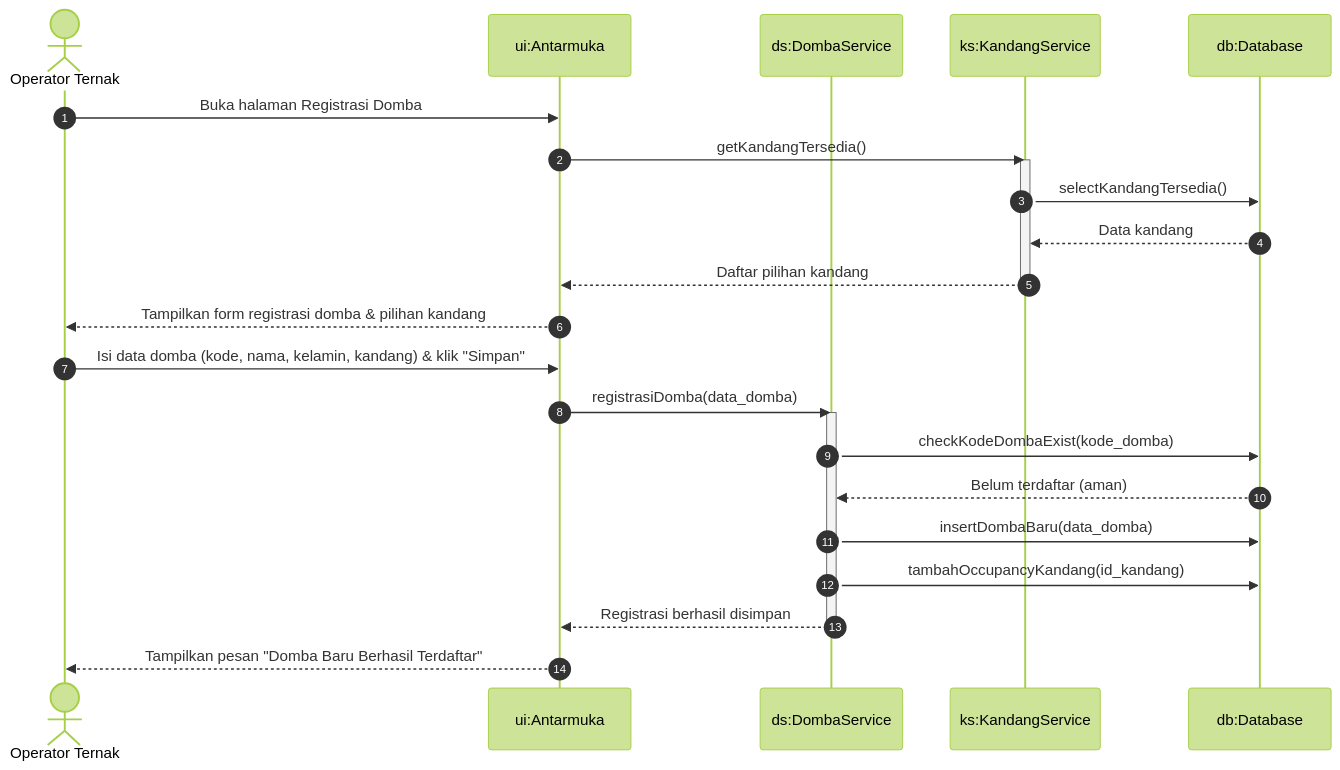
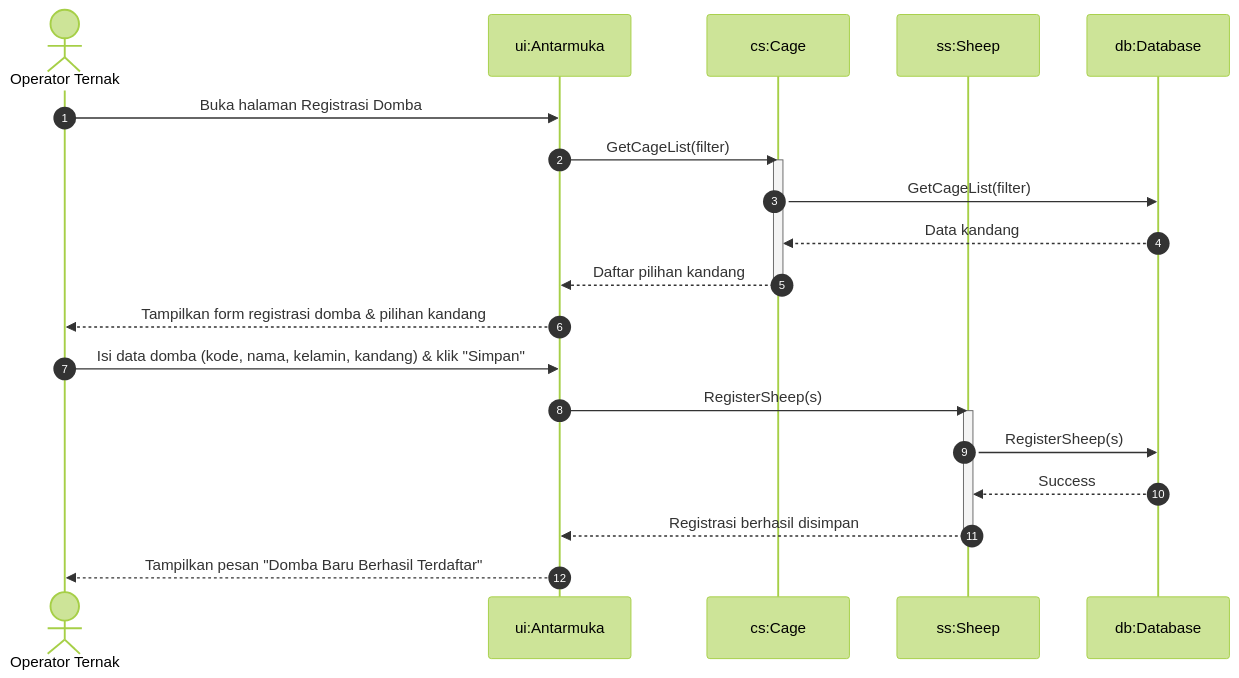
One commit to MuhammadHamidy/Farmease changed the second of 11 diagrams in docs/livestock_module_sequence_diagrams.md. Above: the diagram before and after it, drawn with Mermaid (forest theme). The commit also changed other lines of this file and 299 other files, not shown here.

````diff
--- a/docs/livestock_module_sequence_diagrams.md
+++ b/docs/livestock_module_sequence_diagrams.md
@@ -36,31 +33,27 @@
 ```mermaid
 sequenceDiagram
     autonumber
     actor Operator as Operator Ternak
     participant UI as ui:Antarmuka
-    participant DS as ds:DombaService
-    participant KS as ks:KandangService
+    participant CS as cs:Cage
+    participant SS as ss:Sheep
     participant DB as db:Database
 
     Operator->>UI: Buka halaman Registrasi Domba
-    UI->>KS: getKandangTersedia()
-    activate KS
-    KS->>DB: selectKandangTersedia()
-    DB-->>KS: Data kandang
-    KS-->>UI: Daftar pilihan kandang
-    deactivate KS
+    UI->>CS: GetCageList(filter)
+    activate CS
+    CS->>DB: GetCageList(filter)
+    DB-->>CS: Data kandang
+    CS-->>UI: Daftar pilihan kandang
+    deactivate CS
     UI-->>Operator: Tampilkan form registrasi domba & pilihan kandang
 
     Operator->>UI: Isi data domba (kode, nama, kelamin, kandang) & klik "Simpan"
-    UI->>DS: registrasiDomba(data_domba)
-    activate DS
-    DS->>DB: checkKodeDombaExist(kode_domba)
-    DB-->>DS: Belum terdaftar (aman)
-    
-    DS->>DB: insertDombaBaru(data_domba)
-    DS->>DB: tambahOccupancyKandang(id_kandang)
-    
-    DS-->>UI: Registrasi berhasil disimpan
-    deactivate DS
+    UI->>SS: RegisterSheep(s)
+    activate SS
+    SS->>DB: RegisterSheep(s)
+    DB-->>SS: Success
+    SS-->>UI: Registrasi berhasil disimpan
+    deactivate SS
     UI-->>Operator: Tampilkan pesan "Domba Baru Berhasil Terdaftar"
 ```
````
